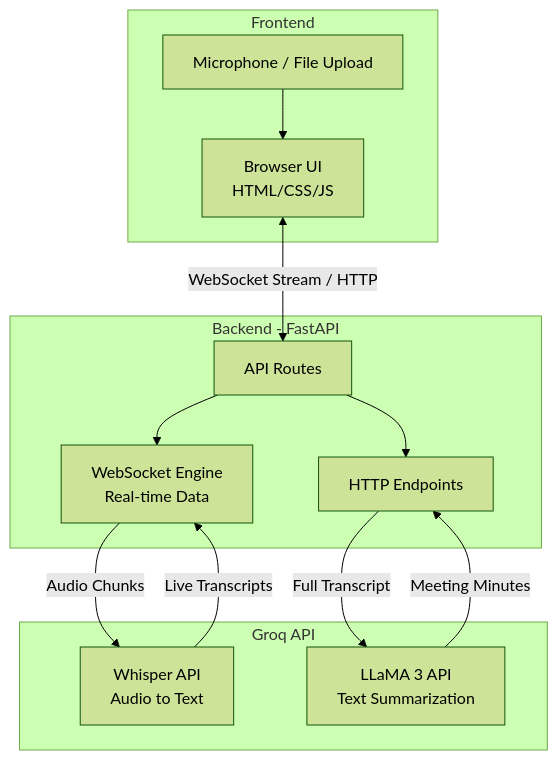
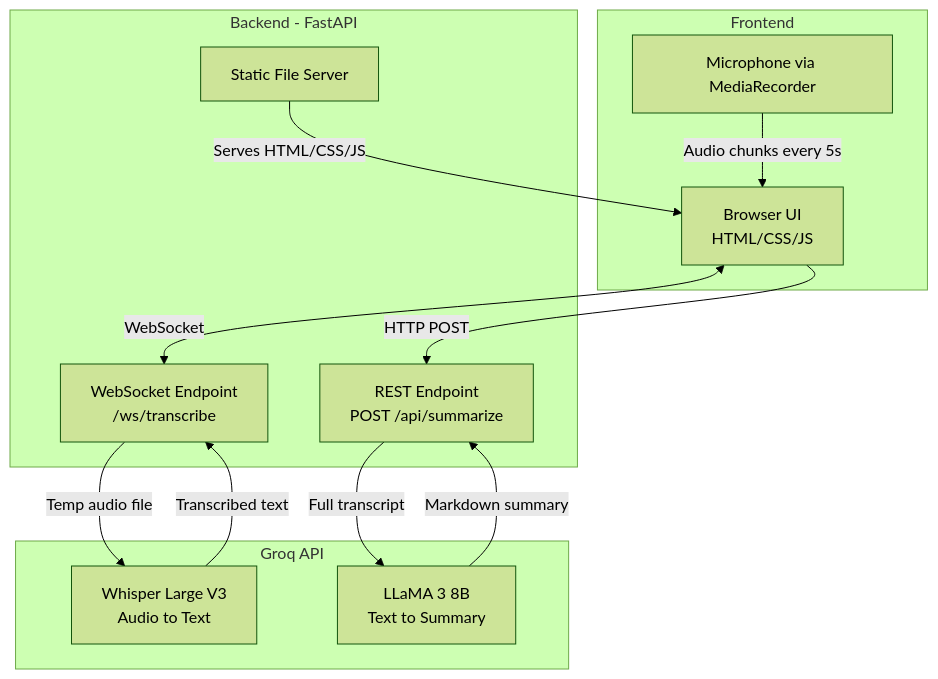
The diagram in README.md (Avi3784/AI_MOM), drawn with Mermaid (forest theme) before and after one commit. The commit also changed other lines of this file, not shown here.

````diff
--- a/README.md
+++ b/README.md
@@ -14,29 +26,30 @@
 ```mermaid
 graph TD
     subgraph Frontend
         A[Browser UI<br/>HTML/CSS/JS]
-        B[Microphone / File Upload]
+        B[Microphone via MediaRecorder]
     end
 
     subgraph Backend - FastAPI
-        C[API Routes]
-        D[WebSocket Engine<br/>Real-time Data]
-        E[HTTP Endpoints]
+        C[WebSocket Endpoint<br/>/ws/transcribe]
+        D[REST Endpoint<br/>POST /api/summarize]
+        E[Static File Server]
     end
 
     subgraph Groq API
-        F[Whisper API<br/>Audio to Text]
-        G[LLaMA 3 API<br/>Text Summarization]
+        F[Whisper Large V3<br/>Audio to Text]
+        G[LLaMA 3 8B<br/>Text to Summary]
     end
 
-    A <-->|WebSocket Stream / HTTP| C
-    B --> A
-    C --> D
-    C --> E
-    
-    D -->|Audio Chunks| F
-    F -->|Live Transcripts| D
-    
-    E -->|Full Transcript| G
-    G -->|Meeting Minutes| E
+    B -->|Audio chunks every 5s| A
+    A <-->|WebSocket| C
+    A -->|HTTP POST| D
+
+    C -->|Temp audio file| F
+    F -->|Transcribed text| C
+
+    D -->|Full transcript| G
+    G -->|Markdown summary| D
+
+    E -->|Serves HTML/CSS/JS| A
 ```
````
